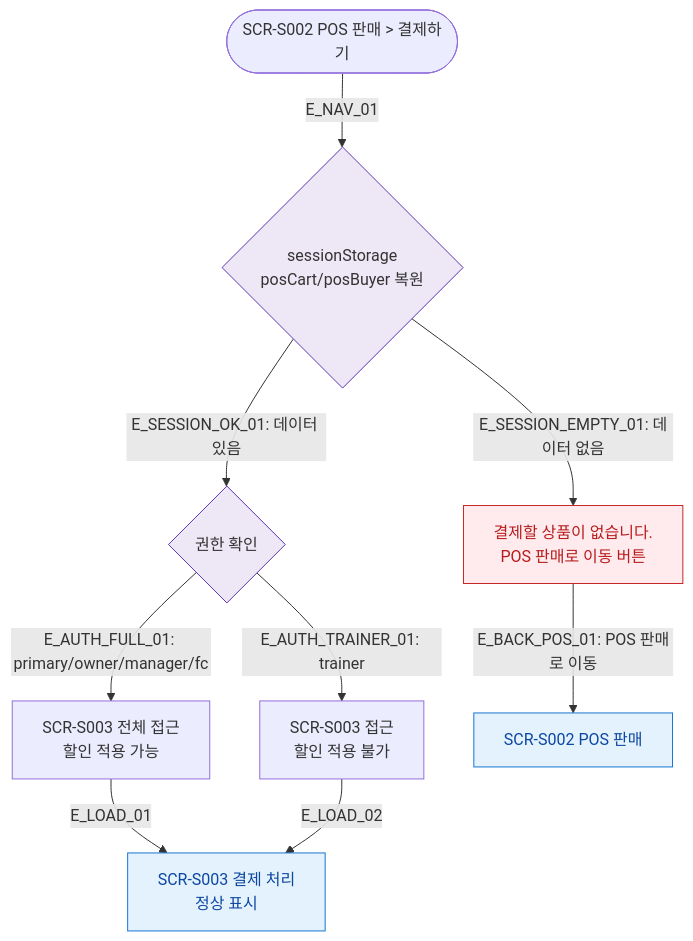
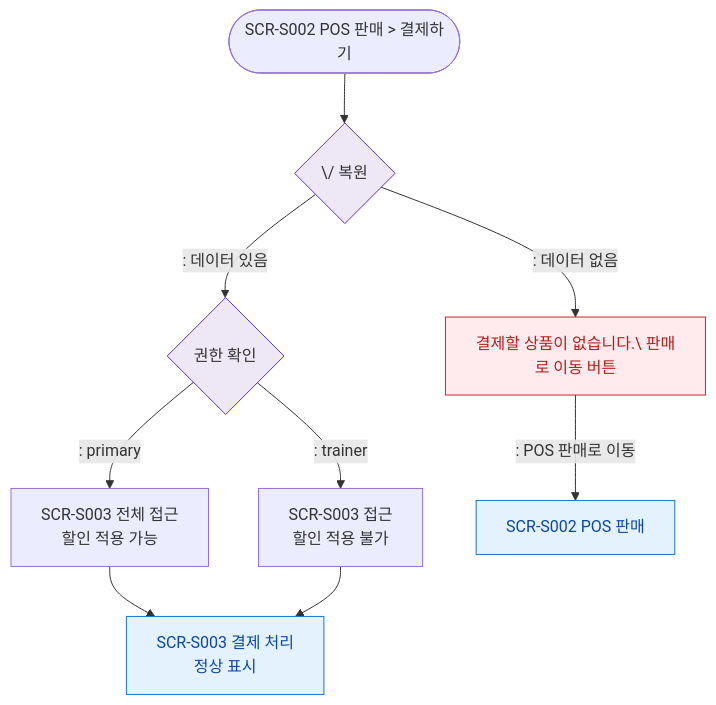
One commit to dev-spogym/admin-pando changed the diagram in docs/다이어그램/D03_매출관리/SCR-S003_결제처리/F1_진입.md. Above: the diagram before and after it, drawn with Mermaid. The commit also changed other lines of this file and 1660 other files, not shown here.

First line of the commit message:
다이어그램: 기획자/클라이언트 납품본으로 정리

````diff
--- a/docs/다이어그램/D03_매출관리/SCR-S003_결제처리/F1_진입.md
+++ b/docs/다이어그램/D03_매출관리/SCR-S003_결제처리/F1_진입.md
@@ -20,24 +18,24 @@
 ```mermaid
 flowchart TD
-    S002([SCR-S002 POS 판매 > 결제하기]) -->|E_NAV_01| SESSION_RESTORE{sessionStorage\nposCart/posBuyer 복원}
+    S002([SCR-S002 POS 판매 > 결제하기]) --> SESSION_RESTORE{\/ 복원}
 
-    SESSION_RESTORE -->|"E_SESSION_OK_01: 데이터 있음"| AUTH{권한 확인}
-    SESSION_RESTORE -->|"E_SESSION_EMPTY_01: 데이터 없음"| ERR_NO_CART[결제할 상품이 없습니다.\nPOS 판매로 이동 버튼]
+    SESSION_RESTORE -->|": 데이터 있음"|AUTH{권한 확인}
+    SESSION_RESTORE -->|": 데이터 없음"|ERR_NO_CART[결제할 상품이 없습니다.\ 판매로 이동 버튼]
 
-    AUTH -->|"E_AUTH_FULL_01: primary/owner/manager/fc"| FULL[SCR-S003 전체 접근\n할인 적용 가능]
-    AUTH -->|"E_AUTH_TRAINER_01: trainer"| TRAINER[SCR-S003 접근\n할인 적용 불가]
+    AUTH -->|": primary"|FULL[SCR-S003 전체 접근\n할인 적용 가능]
+    AUTH -->|": trainer"|TRAINER[SCR-S003 접근\n할인 적용 불가]
 
-    FULL -->|E_LOAD_01| S003[SCR-S003 결제 처리\n정상 표시]
-    TRAINER -->|E_LOAD_02| S003
+    FULL --> S003[SCR-S003 결제 처리\n정상 표시]
+    TRAINER --> S003
 
-    ERR_NO_CART -->|"E_BACK_POS_01: POS 판매로 이동"| S002_BACK[SCR-S002 POS 판매]
+    ERR_NO_CART -->|": POS 판매로 이동"|S002_BACK[SCR-S002 POS 판매]
 
     classDef screen fill:#E3F2FD,stroke:#1976D2,color:#0D47A1
     classDef error fill:#FFEBEE,stroke:#C62828,color:#B71C1C
     classDef system fill:#EDE7F6,stroke:#5E35B2
     classDef warning fill:#FFF8E1,stroke:#F9A825,color:#F57F17
 
     class S003,S002_BACK screen
     class ERR_NO_CART error
     class SESSION_RESTORE,AUTH system
 ```
````
